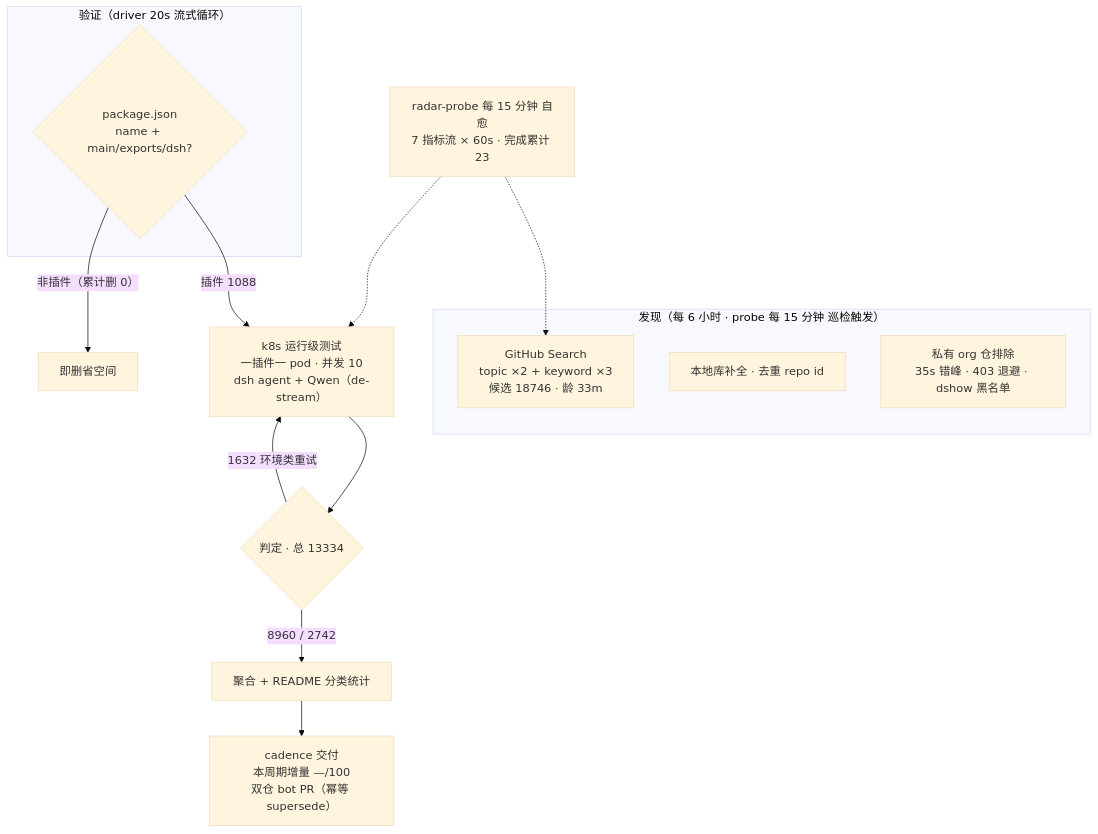
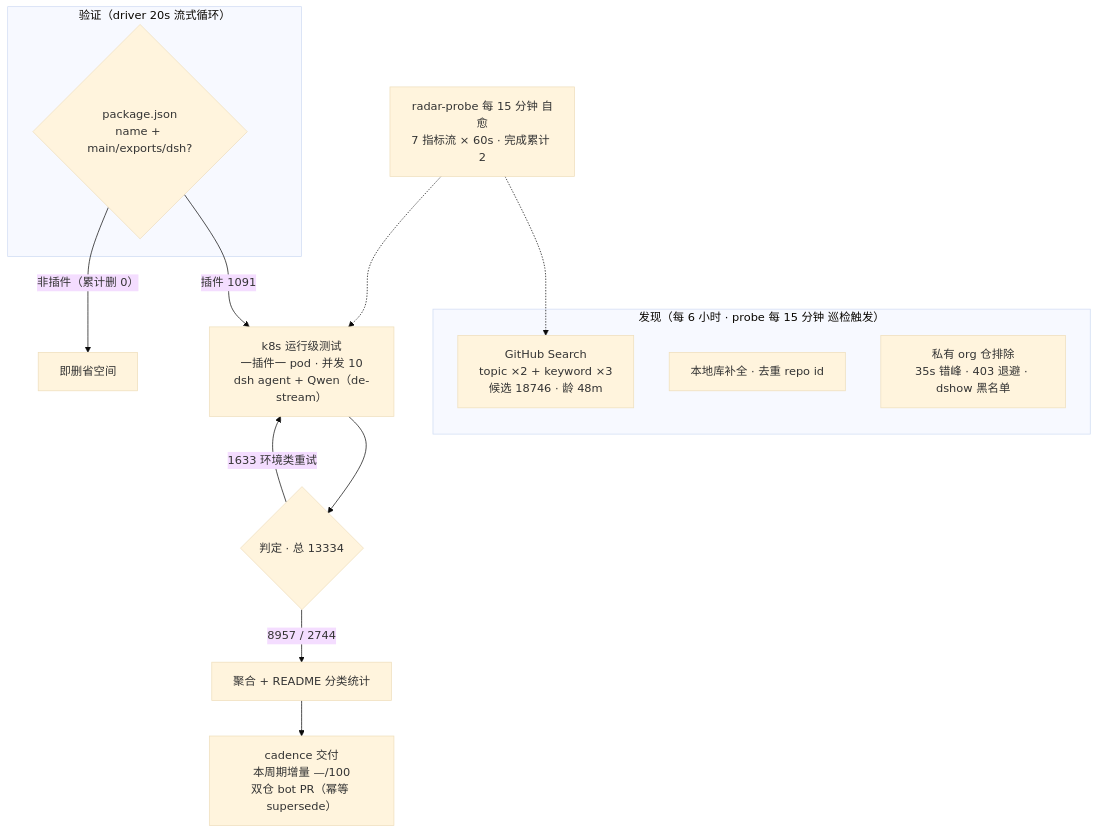
Before and after one commit to AdamPlatin123/dsh-plugin-radar: the diagram in README.md, drawn with Mermaid (base theme). The commit also changed other lines of this file and 9 other files, not shown here.

````diff
--- a/README.md
+++ b/README.md
@@ -52,20 +52,20 @@
 ```mermaid
 flowchart TB
     subgraph Discovery["发现（每 6 小时 · probe 每 15 分钟 巡检触发）"]
-        A1["GitHub Search<br/>topic ×2 + keyword ×3<br/>候选 18746 · 龄 33m"]
+        A1["GitHub Search<br/>topic ×2 + keyword ×3<br/>候选 18746 · 龄 48m"]
         A2["本地库补全 · 去重 repo id"]
         A3["私有 org 仓排除<br/>35s 错峰 · 403 退避 · dshow 黑名单"]
     end
     subgraph Validation["验证（driver 20s 流式循环）"]
         B1{"package.json<br/>name + main/exports/dsh?"}
     end
-    B1 -->|"插件 1088"| C1["k8s 运行级测试<br/>一插件一 pod · 并发 10<br/>dsh agent + Qwen（de-stream）"]
+    B1 -->|"插件 1091"| C1["k8s 运行级测试<br/>一插件一 pod · 并发 10<br/>dsh agent + Qwen（de-stream）"]
     B1 -->|"非插件（累计删 0）"| B3["即删省空间"]
     C1 --> D1{"判定 · 总 13334"}
-    D1 -->|"8960 / 2742"| E1["聚合 + README 分类统计"]
-    D1 -->|"1632 环境类重试"| C1
+    D1 -->|"8957 / 2744"| E1["聚合 + README 分类统计"]
+    D1 -->|"1633 环境类重试"| C1
     E1 --> E2["cadence 交付<br/>本周期增量 —/100<br/>双仓 bot PR（幂等 supersede）"]
-    M["radar-probe 每 15 分钟 自愈<br/>7 指标流 × 60s · 完成累计 23"]
+    M["radar-probe 每 15 分钟 自愈<br/>7 指标流 × 60s · 完成累计 2"]
     M -.-> A1
     M -.-> C1
 ```
````
